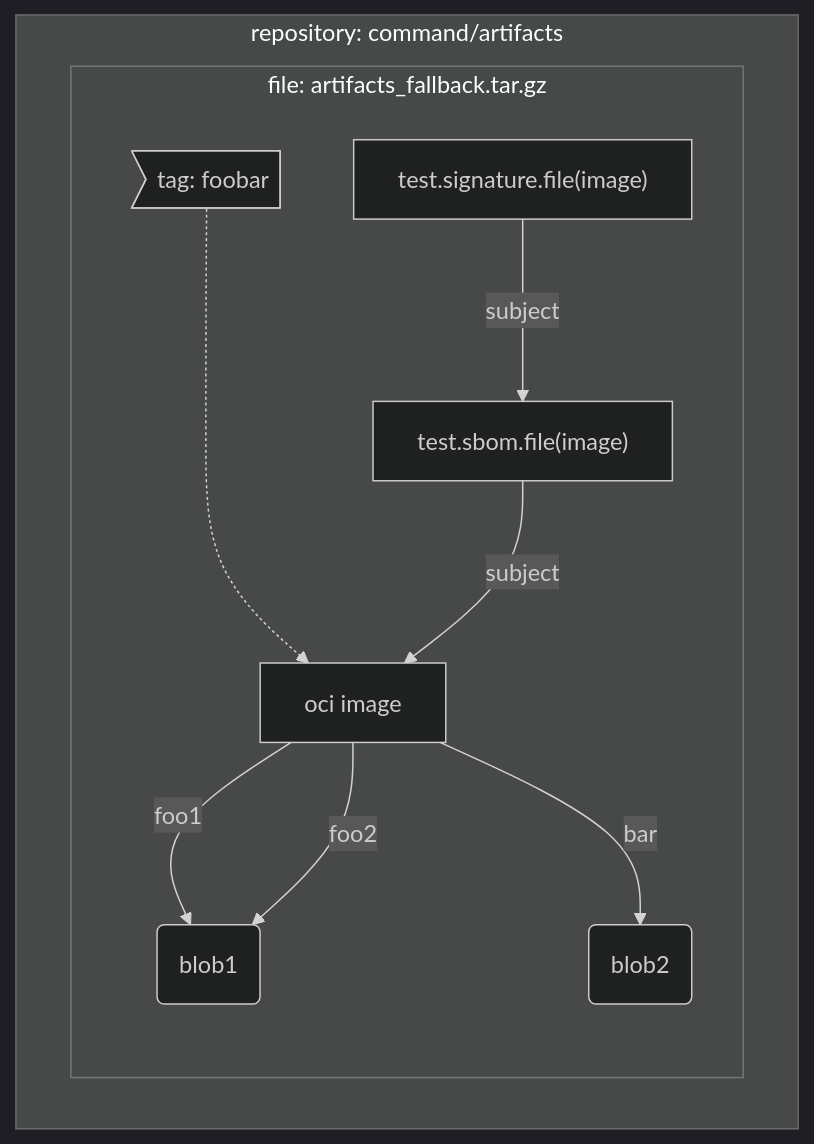
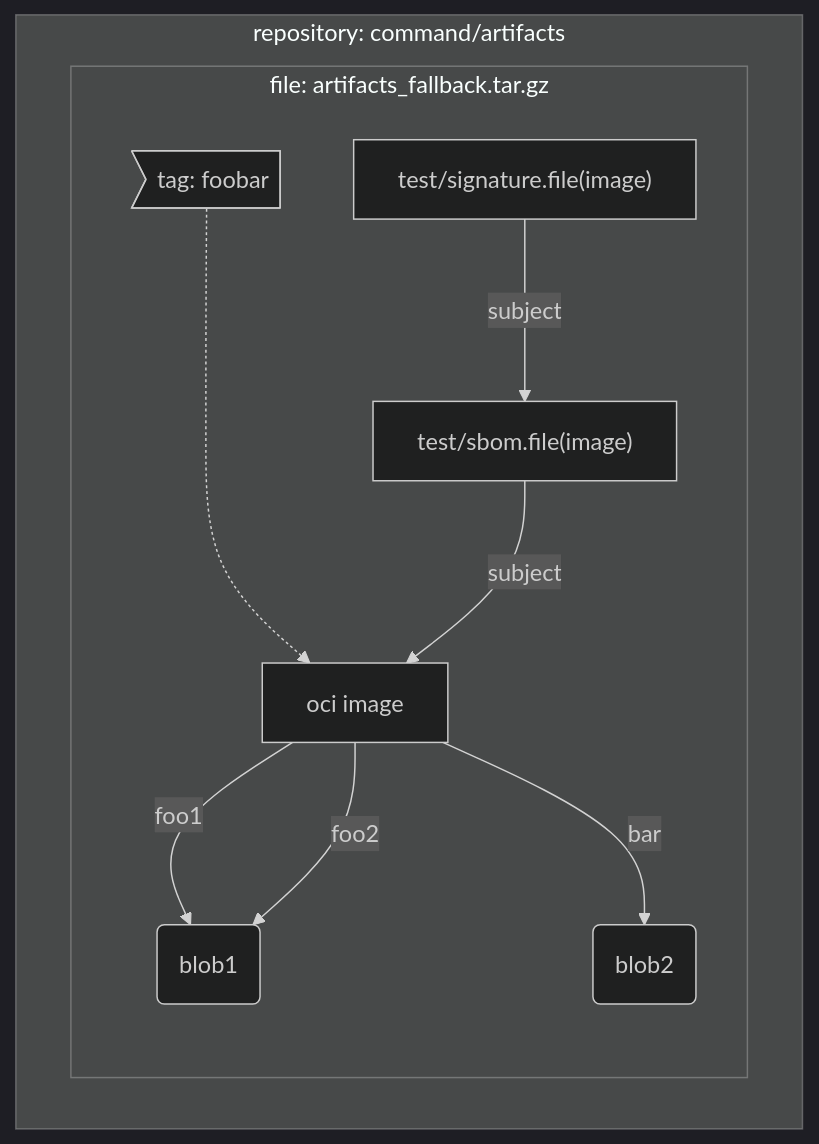
Before and after one commit to oras-project/oras: the third of 5 diagrams in test/e2e/README.md, drawn with Mermaid (dark theme). The commit also changed other lines of this file, not shown here.

Commit message:
test(e2e): add doc for ZOT test data (#1100)

````diff
--- a/test/e2e/README.md
+++ b/test/e2e/README.md
@@ -132,15 +135,15 @@
 ```mermaid
 graph TD;
     subgraph "repository: command/artifacts"
         subgraph "file: artifacts_fallback.tar.gz"
             direction TB
             A0>tag: foobar]-..->A1[oci image]
             A1-- foo1 -->A2(blob1)
             A1-- foo2 -->A2(blob1)
             A1-- bar -->A3(blob2)
 
-            E1["test.sbom.file(image)"] -- subject --> A1
-            E2["test.signature.file(image)"] -- subject --> E1
+            E1["test/sbom.file(image)"] -- subject --> A1
+            E2["test/signature.file(image)"] -- subject --> E1
         end
     end
 ```
````
